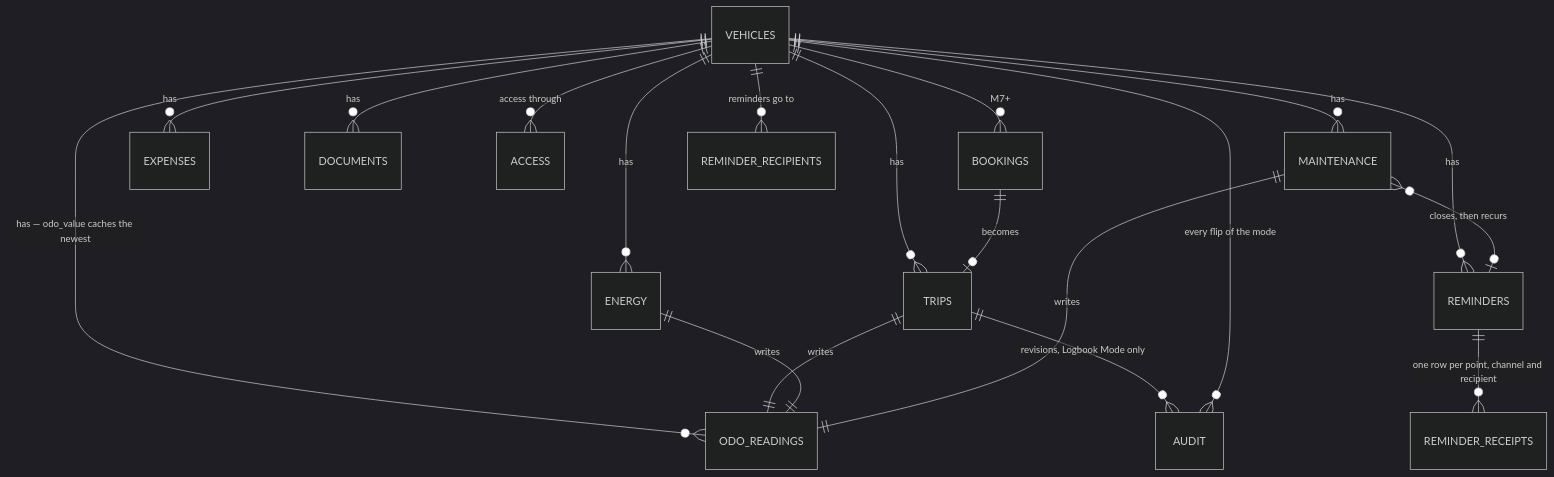
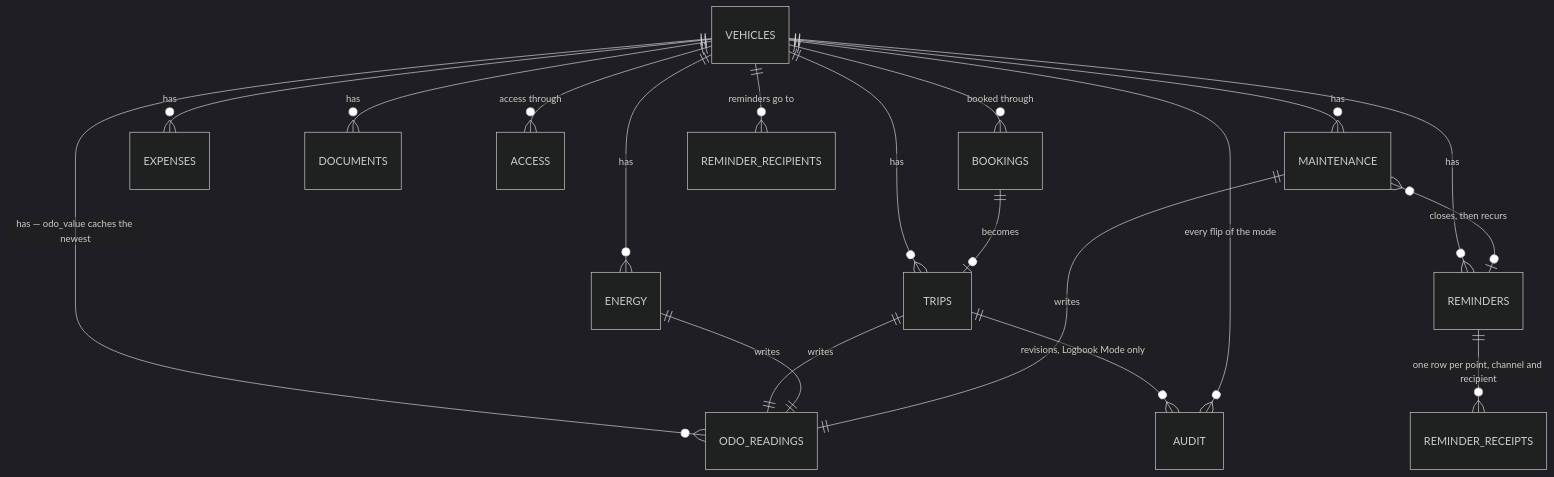
Before and after one commit to typical42/next-fleet: the diagram in docs/architecture.md, drawn with Mermaid (dark theme). The commit also changed other lines of this file and 325 other files, not shown here.

````diff
--- a/docs/architecture.md
+++ b/docs/architecture.md
@@ -32,21 +33,21 @@
 ```mermaid
 erDiagram
     VEHICLES ||--o{ ODO_READINGS : "has — odo_value caches the newest"
     VEHICLES ||--o{ TRIPS : has
     VEHICLES ||--o{ ENERGY : has
     VEHICLES ||--o{ MAINTENANCE : has
     VEHICLES ||--o{ EXPENSES : has
     VEHICLES ||--o{ REMINDERS : has
     VEHICLES ||--o{ DOCUMENTS : has
     VEHICLES ||--o{ ACCESS : "access through"
-    VEHICLES ||--o{ BOOKINGS : "M7+"
+    VEHICLES ||--o{ BOOKINGS : "booked through"
     TRIPS ||--|| ODO_READINGS : writes
     ENERGY ||--|| ODO_READINGS : writes
     MAINTENANCE ||--|| ODO_READINGS : writes
     MAINTENANCE }o--o| REMINDERS : "closes, then recurs"
     REMINDERS ||--o{ REMINDER_RECEIPTS : "one row per point, channel and recipient"
     VEHICLES ||--o{ REMINDER_RECIPIENTS : "reminders go to"
     BOOKINGS ||--o| TRIPS : becomes
     TRIPS ||--o{ AUDIT : "revisions, Logbook Mode only"
     VEHICLES ||--o{ AUDIT : "every flip of the mode"
 ```
````
